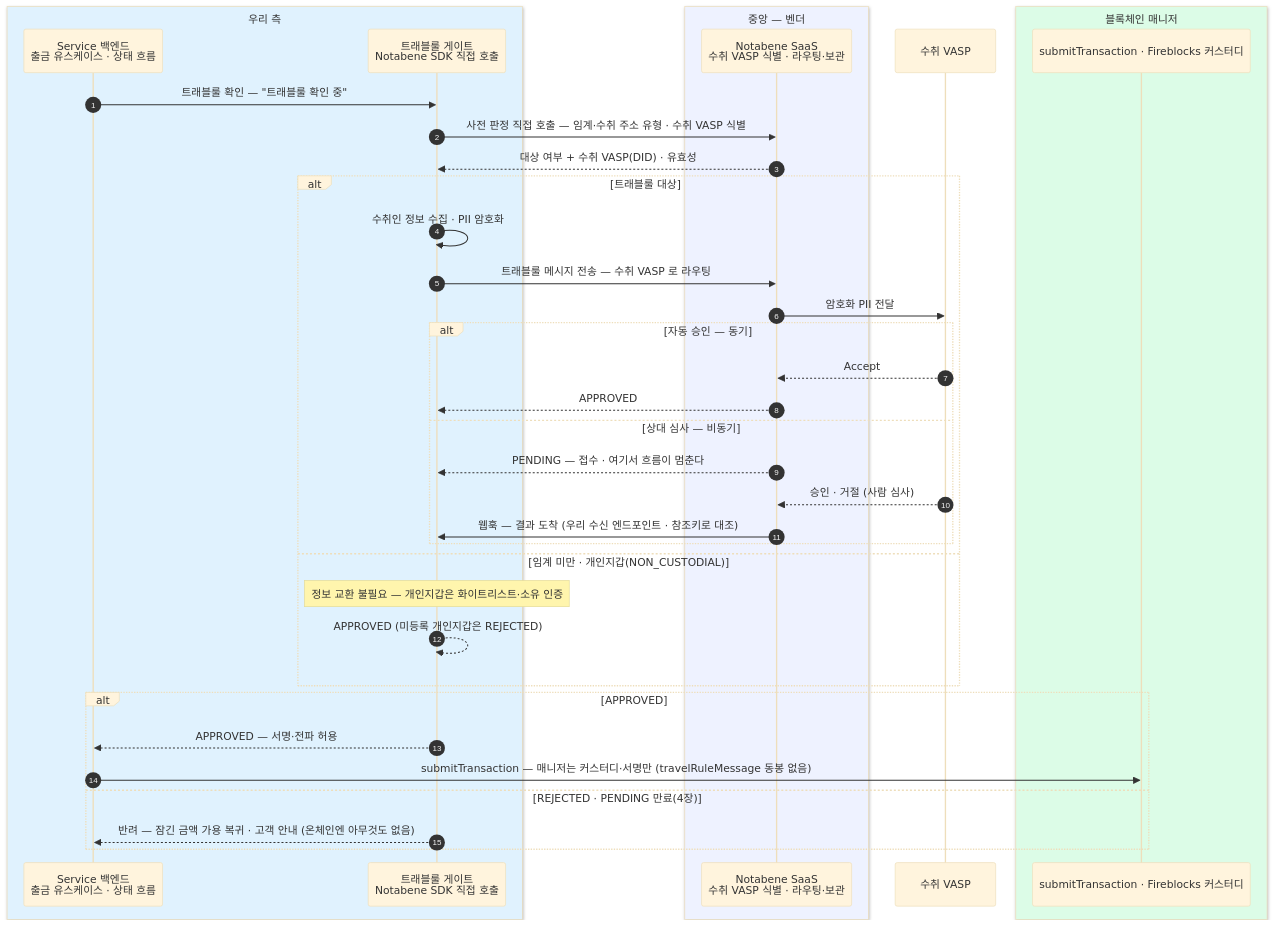
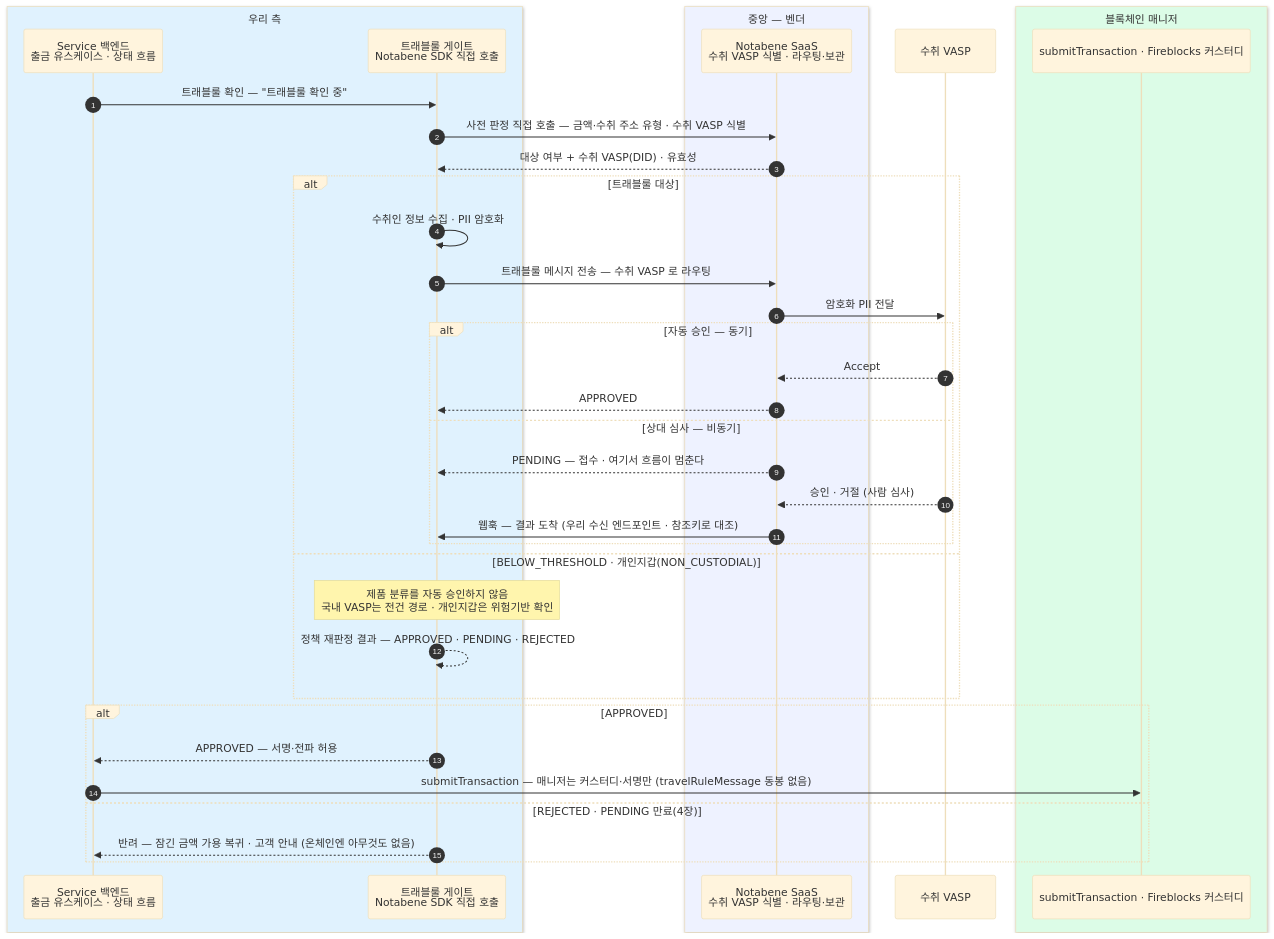
Before and after one commit to eunsujeo/eunpus: the sixth of 11 diagrams in blockchain-manager/docs/트래블룰/설계/07-scenarios.md, drawn with Mermaid (base theme). The commit also changed other lines of this file and 20 other files, not shown here.

````diff
--- a/blockchain-manager/docs/트래블룰/설계/07-scenarios.md
+++ b/blockchain-manager/docs/트래블룰/설계/07-scenarios.md
@@ -266,41 +266,41 @@
 ```mermaid
 sequenceDiagram
     autonumber
     box rgb(224,242,254) 우리 측
     participant BE as Service 백엔드<br/>출금 유스케이스 · 상태 흐름
     participant GT as 트래블룰 게이트<br/>Notabene SDK 직접 호출
     end
     box rgb(238,242,255) 중앙 — 벤더
     participant NB as Notabene SaaS<br/>수취 VASP 식별 · 라우팅·보관
     end
     participant RV as 수취 VASP
     box rgb(220,252,231) 블록체인 매니저
     participant BM as submitTransaction · Fireblocks 커스터디
     end
 
     BE->>GT: 트래블룰 확인 — "트래블룰 확인 중"
-    GT->>NB: 사전 판정 직접 호출 — 임계·수취 주소 유형 · 수취 VASP 식별
+    GT->>NB: 사전 판정 직접 호출 — 금액·수취 주소 유형 · 수취 VASP 식별
     NB-->>GT: 대상 여부 + 수취 VASP(DID) · 유효성
     alt 트래블룰 대상
         GT->>GT: 수취인 정보 수집 · PII 암호화
         GT->>NB: 트래블룰 메시지 전송 — 수취 VASP 로 라우팅
         NB->>RV: 암호화 PII 전달
         alt 자동 승인 — 동기
             RV-->>NB: Accept
             NB-->>GT: APPROVED
         else 상대 심사 — 비동기
             NB-->>GT: PENDING — 접수 · 여기서 흐름이 멈춘다
             RV-->>NB: 승인 · 거절 (사람 심사)
             NB->>GT: 웹훅 — 결과 도착 (우리 수신 엔드포인트 · 참조키로 대조)
         end
-    else 임계 미만 · 개인지갑(NON_CUSTODIAL)
-        Note over GT: 정보 교환 불필요 — 개인지갑은 화이트리스트·소유 인증
-        GT-->>GT: APPROVED (미등록 개인지갑은 REJECTED)
+    else BELOW_THRESHOLD · 개인지갑(NON_CUSTODIAL)
+        Note over GT: 제품 분류를 자동 승인하지 않음<br/>국내 VASP는 전건 경로 · 개인지갑은 위험기반 확인
+        GT-->>GT: 정책 재판정 결과 — APPROVED · PENDING · REJECTED
     end
     alt APPROVED
         GT-->>BE: APPROVED — 서명·전파 허용
         BE->>BM: submitTransaction — 매니저는 커스터디·서명만 (travelRuleMessage 동봉 없음)
     else REJECTED · PENDING 만료(4장)
         GT-->>BE: 반려 — 잠긴 금액 가용 복귀 · 고객 안내 (온체인엔 아무것도 없음)
     end
 ```
````
